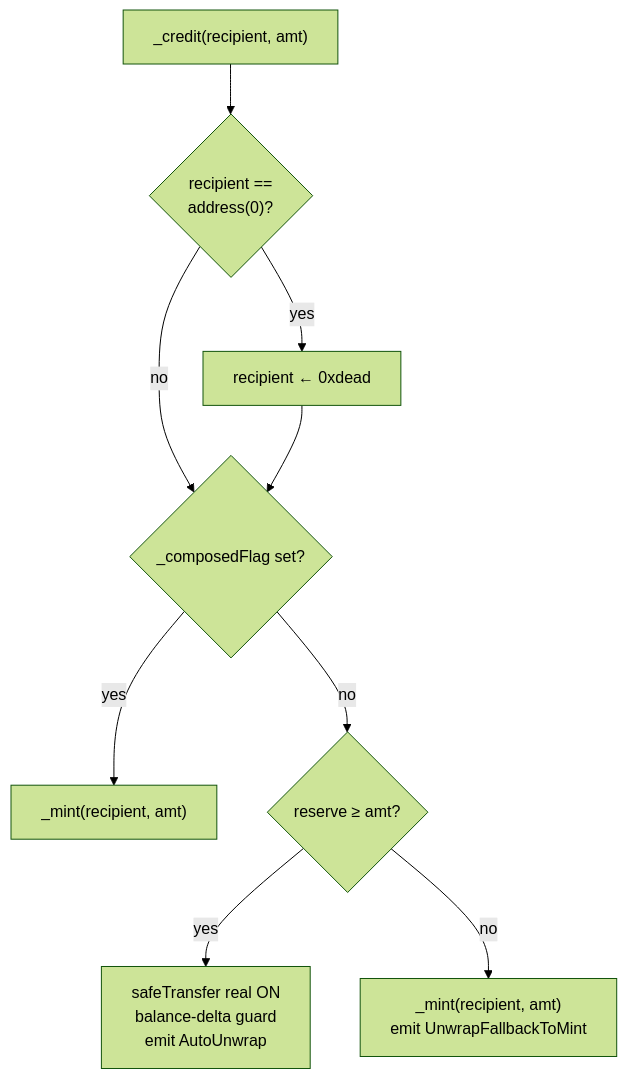
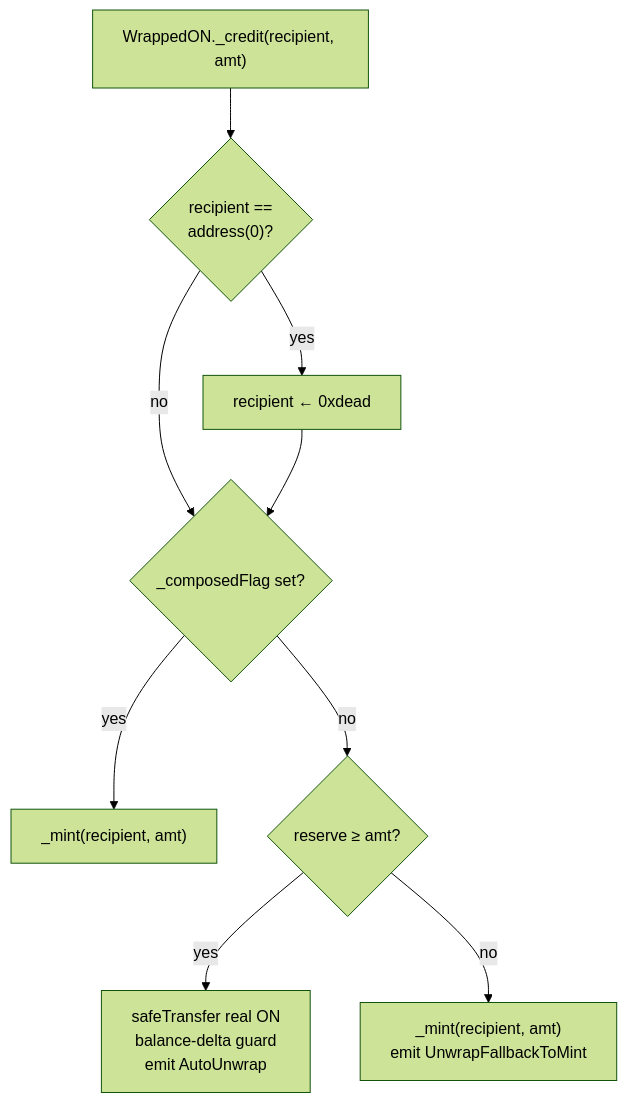
One commit to orochi-network/bridge changed the third of 3 diagrams in docs/ARCHITECTURE.md. Above: the diagram before and after it, drawn with Mermaid (forest theme). The commit also changed 3 other files, not shown here.

````diff
--- a/docs/ARCHITECTURE.md
+++ b/docs/ARCHITECTURE.md
@@ -115,11 +115,11 @@
 ```mermaid
 flowchart TD
-    A["_credit(recipient, amt)"] --> Z{"recipient ==<br/>address(0)?"}
+    A["WrappedON._credit(recipient, amt)"] --> Z{"recipient ==<br/>address(0)?"}
     Z -->|yes| ZR["recipient ← 0xdead"]
     Z -->|no| D
     ZR --> D{"_composedFlag set?"}
     D -->|yes| F["_mint(recipient, amt)"]
     D -->|no| G{"reserve ≥ amt?"}
     G -->|yes| H["safeTransfer real ON<br/>balance-delta guard<br/>emit AutoUnwrap"]
     G -->|no| I["_mint(recipient, amt)<br/>emit UnwrapFallbackToMint"]
 ```
````
